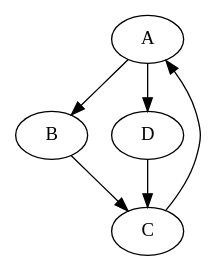
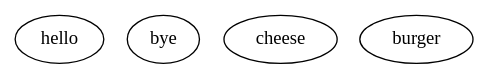
Before and after one commit to JulianGomez1604/CSE_464_2024_jjgomezm: the diagram in my-app/src/outputs/updatedGraph.dot, drawn with Graphviz. The commit also changed 8 other files, not shown here.

```diff
--- a/my-app/src/outputs/updatedGraph.dot
+++ b/my-app/src/outputs/updatedGraph.dot
@@ -1,11 +1,6 @@
 digraph G {
-  A;
-  B;
-  C;
-  D;
-  A -> B;
-  B -> C;
-  C -> A;
-  A -> D;
-  D -> C;
+  hello;
+  bye;
+  cheese;
+  burger;
 }
```
